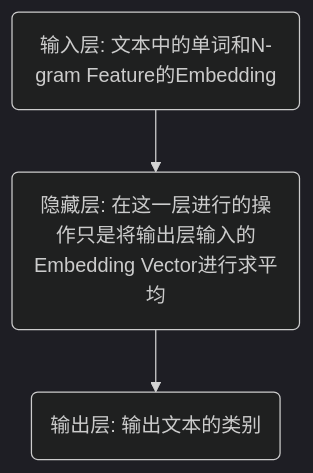
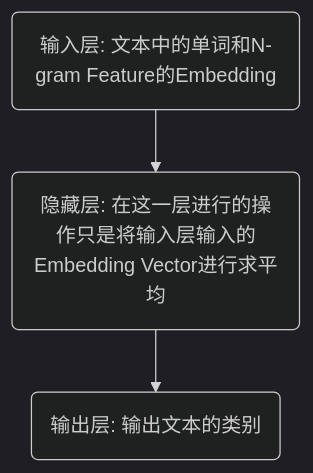
One commit to statisticliuyang/biji changed the diagram in README.md. Above: the diagram before and after it, drawn with Mermaid (dark theme).

````diff
--- a/README.md
+++ b/README.md
@@ -991,5 +991,5 @@
 ```mermaid
 graph TD
-A(输入层: 文本中的单词和N-gram Feature的Embedding) -->B(隐藏层: 在这一层进行的操作只是将输出层输入的Embedding Vector进行求平均)	
+A(输入层: 文本中的单词和N-gram Feature的Embedding) -->B(隐藏层: 在这一层进行的操作只是将输入层输入的Embedding Vector进行求平均)	
 	B --> C(输出层: 输出文本的类别)
 ```
````
